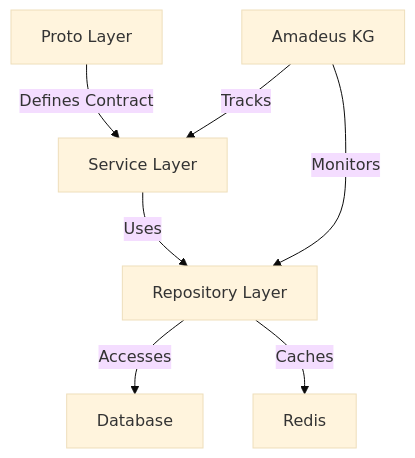
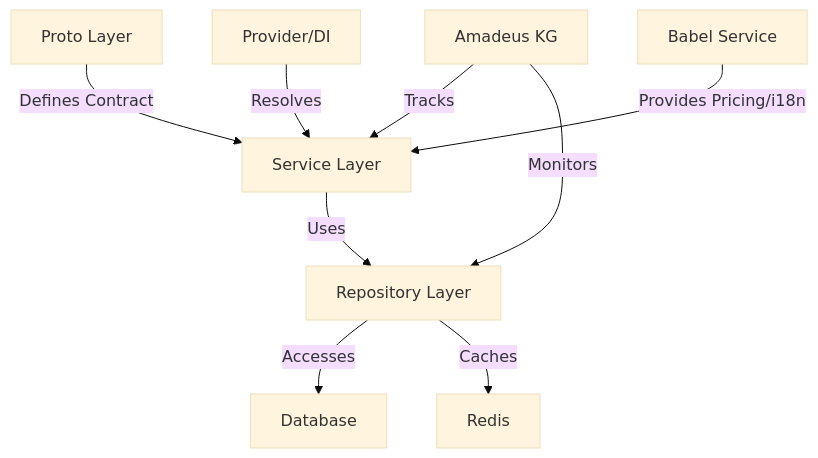
The first of 4 diagrams in docs/amadeus/amadeus_context.md (nmxmxh/master-ovasabi), drawn with Mermaid (base theme) before and after one commit. The commit also changed other lines of this file and 15 other files, not shown here.

````diff
--- a/docs/amadeus/amadeus_context.md
+++ b/docs/amadeus/amadeus_context.md
@@ -52,9 +59,11 @@
 ```mermaid
 graph TD
     A[Proto Layer] -->|Defines Contract| B[Service Layer]
     B -->|Uses| C[Repository Layer]
     C -->|Accesses| D[Database]
     C -->|Caches| E[Redis]
     F[Amadeus KG] -->|Tracks| B
     F -->|Monitors| C
+    G[Provider/DI] -->|Resolves| B
+    H[Babel Service] -->|Provides Pricing/i18n| B
 ```
````
